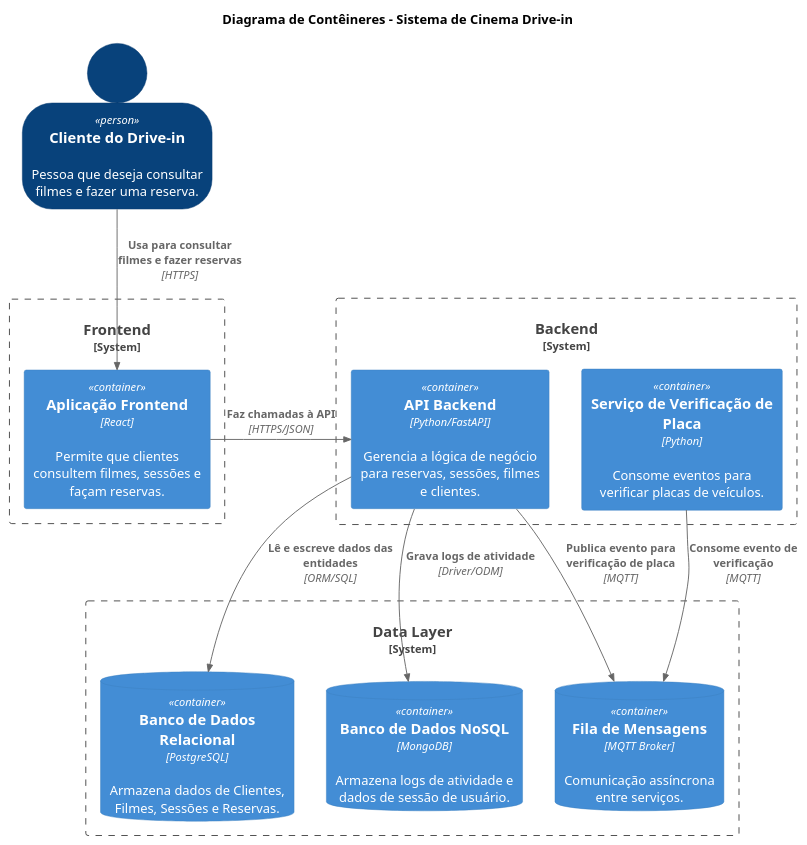
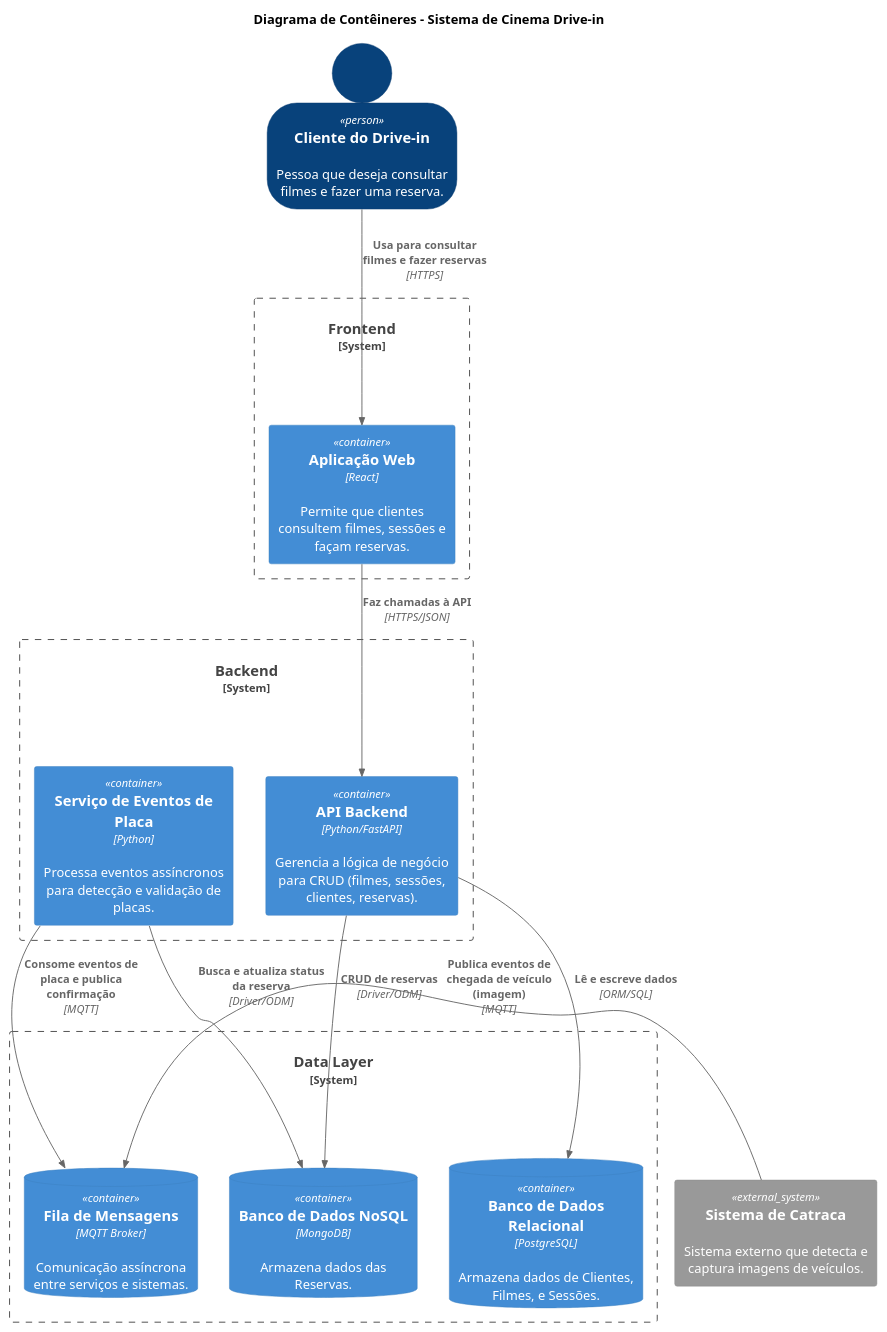
The diagram in docs/diagrams/containers.puml (SPD-BES-2025-3/grupo2), drawn with PlantUML before and after one commit. The commit also changed 6 other files, not shown here.

Commit message:
docs: Updating plate system diagrams and README

```diff
--- a/docs/diagrams/containers.puml
+++ b/docs/diagrams/containers.puml
@@ -1,33 +1,41 @@
-@startuml DriveInCinema
+@startuml DriveInCinema_Container_Refined
 !include https://raw.githubusercontent.com/plantuml-stdlib/C4-PlantUML/master/C4_Container.puml
 
 top to bottom direction
 SHOW_PERSON_OUTLINE()
 
 title Diagrama de Contêineres - Sistema de Cinema Drive-in
 
 Person(cliente, "Cliente do Drive-in", "Pessoa que deseja consultar filmes e fazer uma reserva.")
 
+System_Ext(sistema_catraca, "Sistema de Catraca", "Sistema externo que detecta e captura imagens de veículos.")
+
 System_Boundary(front, "Frontend") {
-    Container(frontend, "Aplicação Frontend", "React", "Permite que clientes consultem filmes, sessões e façam reservas.")
+    Container(frontend, "Aplicação Web", "React", "Permite que clientes consultem filmes, sessões e façam reservas.")
 }
 
 System_Boundary(back, "Backend") {
-    Container(backend, "API Backend", "Python/FastAPI", "Gerencia a lógica de negócio para reservas, sessões, filmes e clientes.")
-    Container(plate_verifier, "Serviço de Verificação de Placa", "Python", "Consome eventos para verificar placas de veículos.")
+    Container(backend_api, "API Backend", "Python/FastAPI", "Gerencia a lógica de negócio para CRUD (filmes, sessões, clientes, reservas).")
+    Container(plate_verifier, "Serviço de Eventos de Placa", "Python", "Processa eventos assíncronos para detecção e validação de placas.")
 }
 
 System_Boundary(data, "Data Layer") {
-    ContainerDb(postgres, "Banco de Dados Relacional", "PostgreSQL", "Armazena dados de Clientes, Filmes, Sessões e Reservas.")
-    ContainerDb(mongodb, "Banco de Dados NoSQL", "MongoDB", "Armazena logs de atividade e dados de sessão de usuário.")
-    ContainerDb(message_queue, "Fila de Mensagens", "MQTT Broker", "Comunicação assíncrona entre serviços.")
+    ContainerDb(postgres, "Banco de Dados Relacional", "PostgreSQL", "Armazena dados de Clientes, Filmes, e Sessões.")
+    ContainerDb(mongodb, "Banco de Dados NoSQL", "MongoDB", "Armazena dados das Reservas.")
+    ContainerDb(mqtt_broker, "Fila de Mensagens", "MQTT Broker", "Comunicação assíncrona entre serviços e sistemas.")
 }
 
+' Relações de comunicação
 Rel(cliente, frontend, "Usa para consultar filmes e fazer reservas", "HTTPS")
-Rel_R(frontend, backend, "Faz chamadas à API", "HTTPS/JSON")
-Rel(backend, postgres, "Lê e escreve dados das entidades", "ORM/SQL")
-Rel(backend, mongodb, "Grava logs de atividade", "Driver/ODM")
-Rel(backend, message_queue, "Publica evento para verificação de placa", "MQTT")
-Rel(plate_verifier, message_queue, "Consome evento de verificação", "MQTT")
+Rel(frontend, backend_api, "Faz chamadas à API", "HTTPS/JSON")
+
+' Relações com os bancos de dados
+Rel(backend_api, postgres, "Lê e escreve dados", "ORM/SQL")
+Rel(backend_api, mongodb, "CRUD de reservas", "Driver/ODM")
+
+' Fluxo de eventos assíncrono
+Rel_L(sistema_catraca, mqtt_broker, "Publica eventos de chegada de veículo (imagem)", "MQTT")
+Rel(plate_verifier, mqtt_broker, "Consome eventos de placa e publica confirmação", "MQTT")
+Rel_L(plate_verifier, mongodb, "Busca e atualiza status da reserva", "Driver/ODM")
 
 @enduml
```
